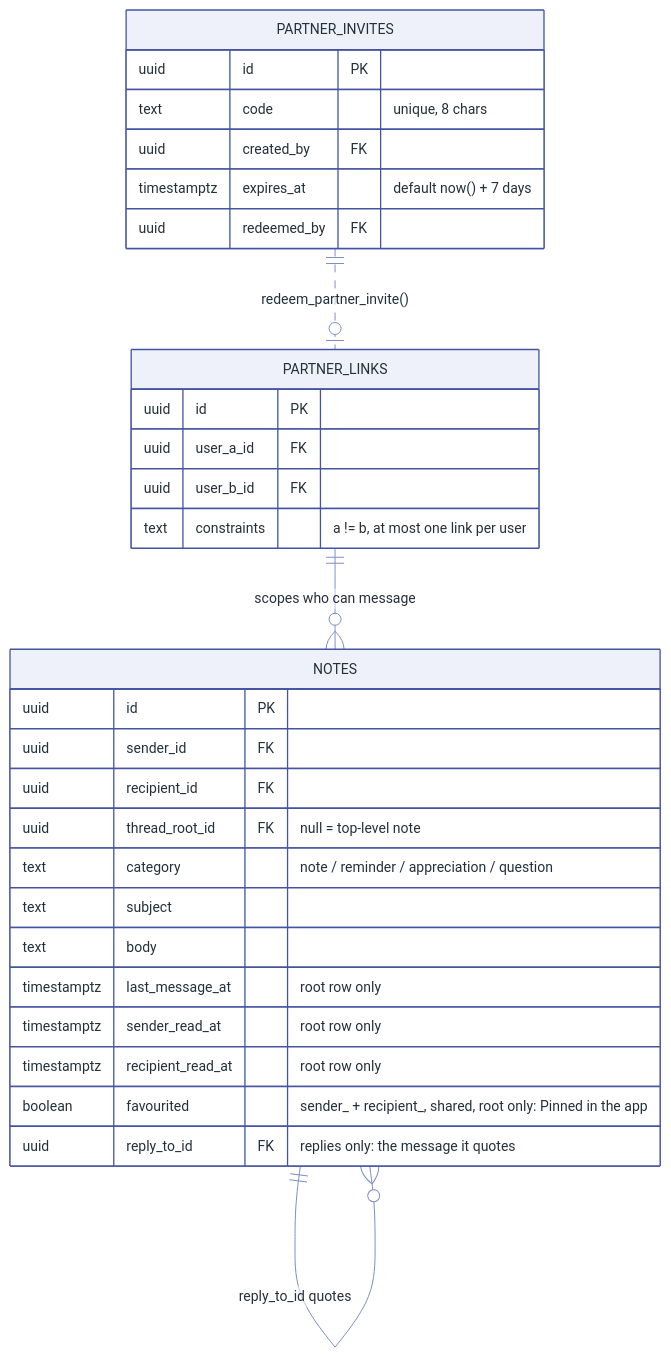
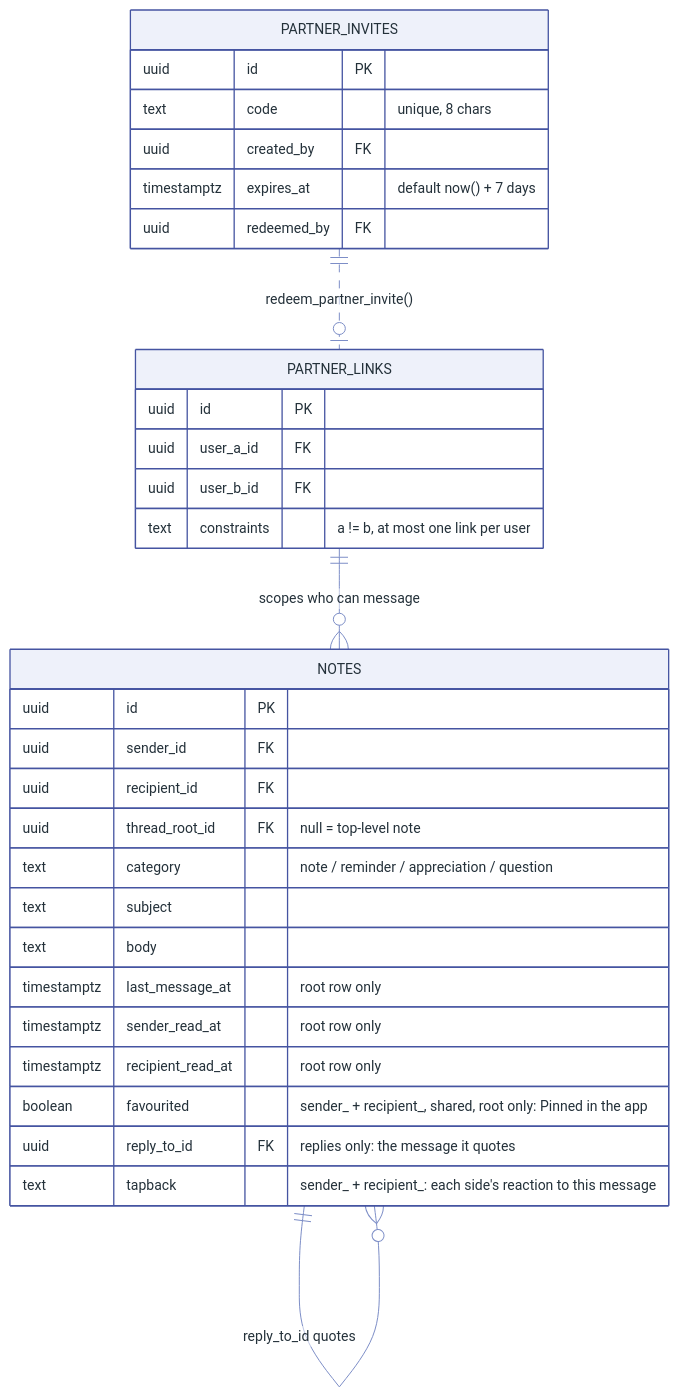
One commit to xxvazquez/health-management changed the fourth of 7 diagrams in docs/data-model.md. Above: the diagram before and after it, drawn with Mermaid. The commit also changed other lines of this file and 6 other files, not shown here.

````diff
--- a/docs/data-model.md
+++ b/docs/data-model.md
@@ -292,40 +292,41 @@
 ```mermaid
 %%{init: {"theme": "base", "themeVariables": {
   "primaryColor": "#eef1fa", "primaryBorderColor": "#4554a1",
   "primaryTextColor": "#24313a", "lineColor": "#7d8ec7",
   "fontFamily": "Inter, -apple-system, sans-serif", "fontSize": "14px"
 }}}%%
 erDiagram
     PARTNER_INVITES ||..o| PARTNER_LINKS : "redeem_partner_invite()"
     PARTNER_LINKS   ||--o{ NOTES         : "scopes who can message"
     NOTES           ||--o{ NOTES         : "thread_root_id replies"
     NOTES           ||--o{ NOTES         : "reply_to_id quotes"
 
     PARTNER_INVITES {
         uuid        id PK
         text        code "unique, 8 chars"
         uuid        created_by FK
         timestamptz expires_at "default now() + 7 days"
         uuid        redeemed_by FK
     }
     PARTNER_LINKS {
         uuid id PK
         uuid user_a_id FK
         uuid user_b_id FK
         text constraints "a != b, at most one link per user"
     }
     NOTES {
         uuid        id PK
         uuid        sender_id FK
         uuid        recipient_id FK
         uuid        thread_root_id FK "null = top-level note"
         text        category "note / reminder / appreciation / question"
         text        subject
         text        body
         timestamptz last_message_at "root row only"
         timestamptz sender_read_at "root row only"
         timestamptz recipient_read_at "root row only"
         boolean     favourited "sender_ + recipient_, shared, root only: Pinned in the app"
         uuid        reply_to_id FK "replies only: the message it quotes"
+        text        tapback "sender_ + recipient_: each side's reaction to this message"
     }
 ```
````
